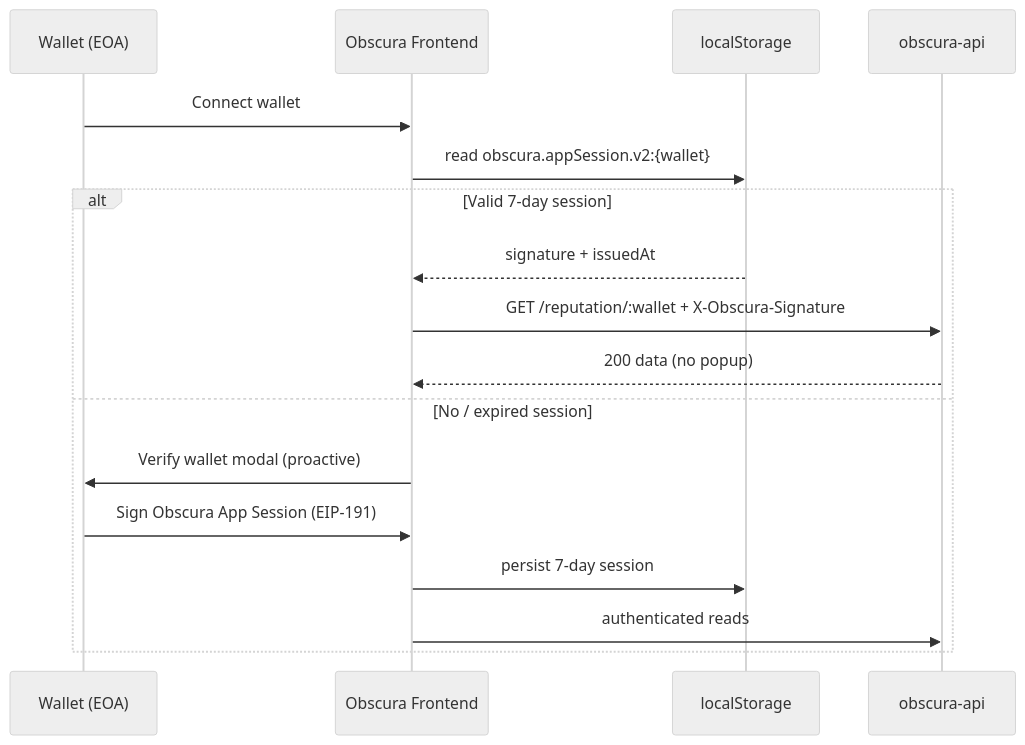
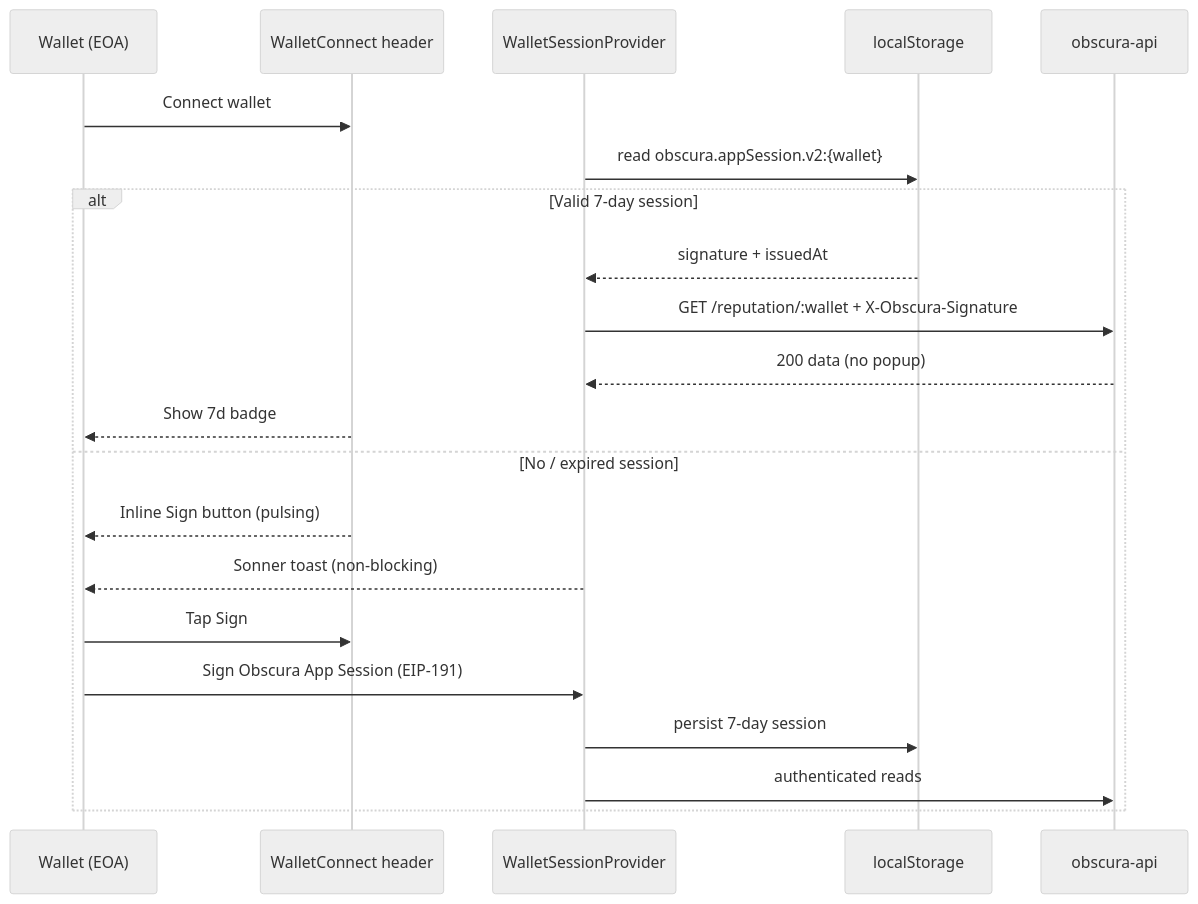
One commit to AhmedAmer72/OBSCURA changed diagram 31 of 31 in OBSCURA_PROTOCOL_ARCHITECTURE_v1.md. Above: the diagram before and after it, drawn with Mermaid (neutral theme). The commit also changed other lines of this file and 21 other files, not shown here.

````diff
--- a/OBSCURA_PROTOCOL_ARCHITECTURE_v1.md
+++ b/OBSCURA_PROTOCOL_ARCHITECTURE_v1.md
@@ -3190,20 +3225,24 @@
 ```mermaid
 sequenceDiagram
   participant User as Wallet (EOA)
-  participant App as Obscura Frontend
+  participant Nav as WalletConnect header
+  participant App as WalletSessionProvider
   participant LS as localStorage
   participant API as obscura-api
 
-  User->>App: Connect wallet
+  User->>Nav: Connect wallet
   App->>LS: read obscura.appSession.v2:{wallet}
   alt Valid 7-day session
     LS-->>App: signature + issuedAt
     App->>API: GET /reputation/:wallet + X-Obscura-Signature
     API-->>App: 200 data (no popup)
+    Nav-->>User: Show 7d badge
   else No / expired session
-    App->>User: Verify wallet modal (proactive)
+    Nav-->>User: Inline Sign button (pulsing)
+    App-->>User: Sonner toast (non-blocking)
+    User->>Nav: Tap Sign
     User->>App: Sign Obscura App Session (EIP-191)
     App->>LS: persist 7-day session
     App->>API: authenticated reads
   end
 ```
````
